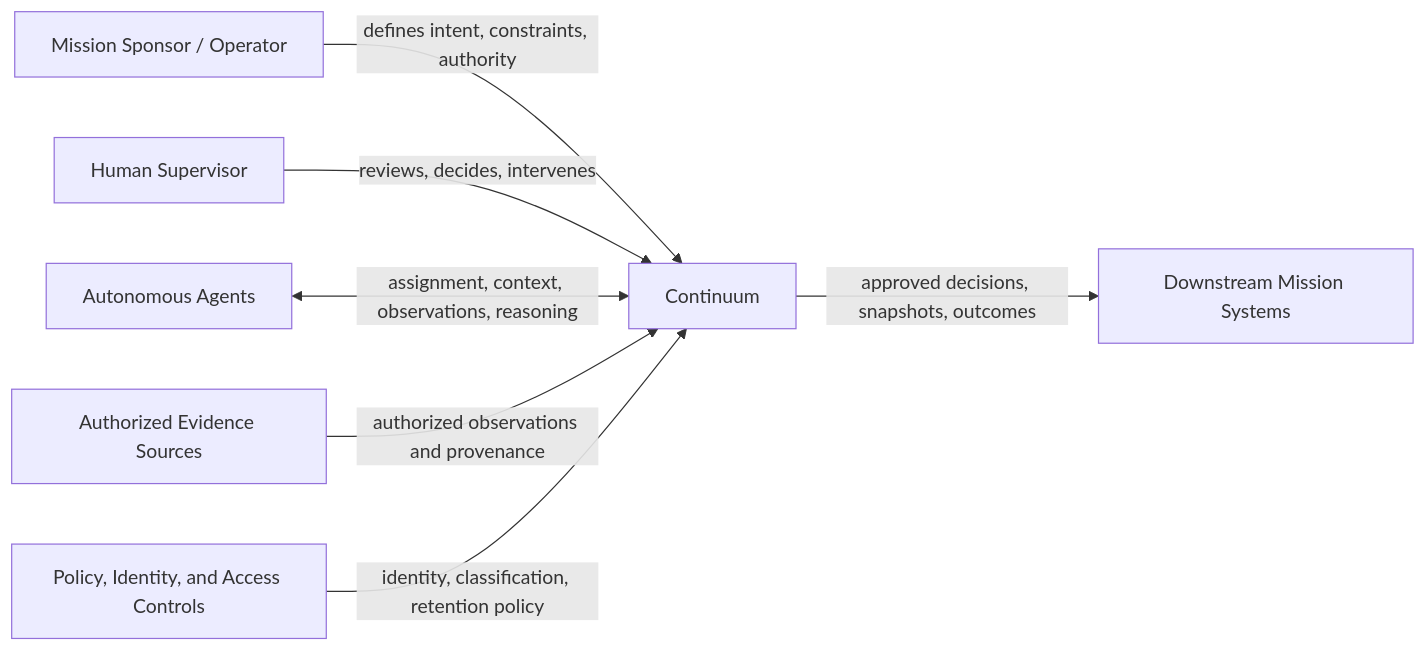
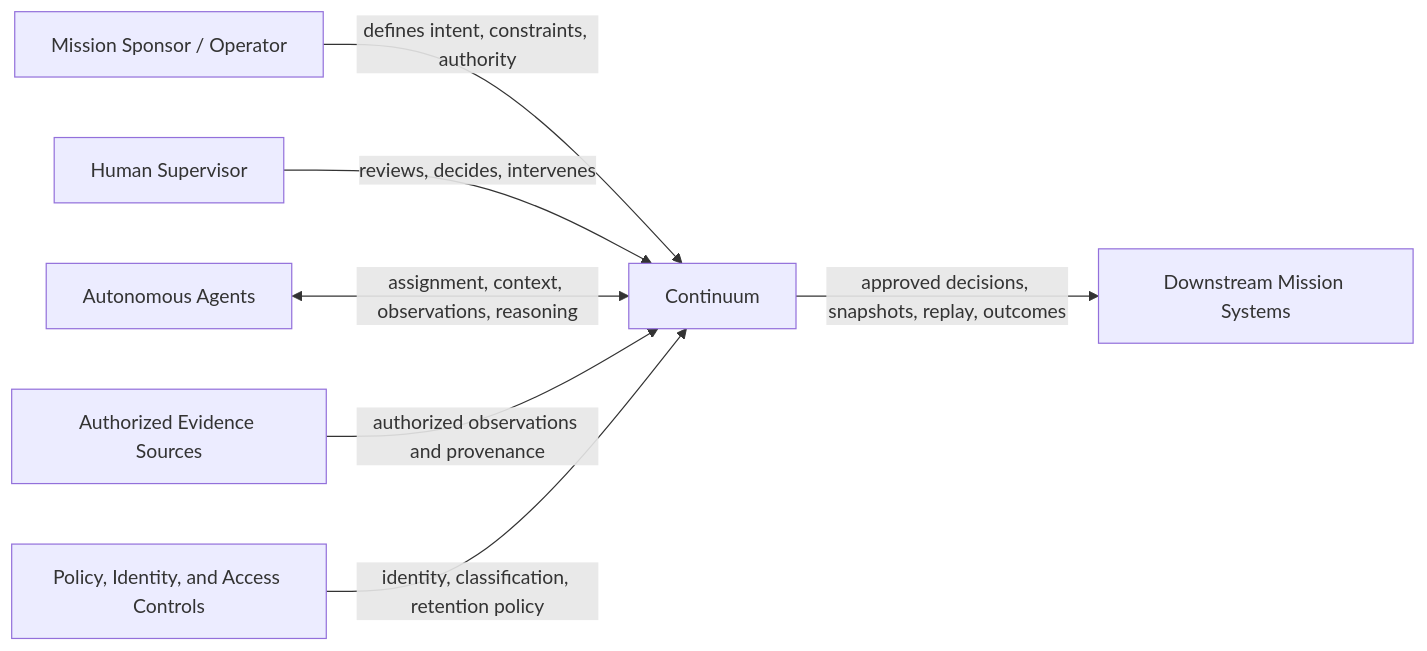
Before and after one commit to KingoSolo/continuum: the diagram in docs/architecture/system-context.md, drawn with Mermaid. The commit also changed other lines of this file and 11 other files, not shown here.

````diff
--- a/docs/architecture/system-context.md
+++ b/docs/architecture/system-context.md
@@ -9,17 +9,17 @@
 ```mermaid
 flowchart LR
   Sponsor[Mission Sponsor / Operator]
   Supervisor[Human Supervisor]
   Agents[Autonomous Agents]
   Sources[Authorized Evidence Sources]
   Continuum[Continuum]
   Controls[Policy, Identity, and Access Controls]
   Consumers[Downstream Mission Systems]
 
   Sponsor -->|defines intent, constraints, authority| Continuum
   Supervisor -->|reviews, decides, intervenes| Continuum
   Agents <-->|assignment, context, observations, reasoning| Continuum
   Sources -->|authorized observations and provenance| Continuum
   Controls -->|identity, classification, retention policy| Continuum
-  Continuum -->|approved decisions, snapshots, outcomes| Consumers
+  Continuum -->|approved decisions, snapshots, replay, outcomes| Consumers
 ```
````
